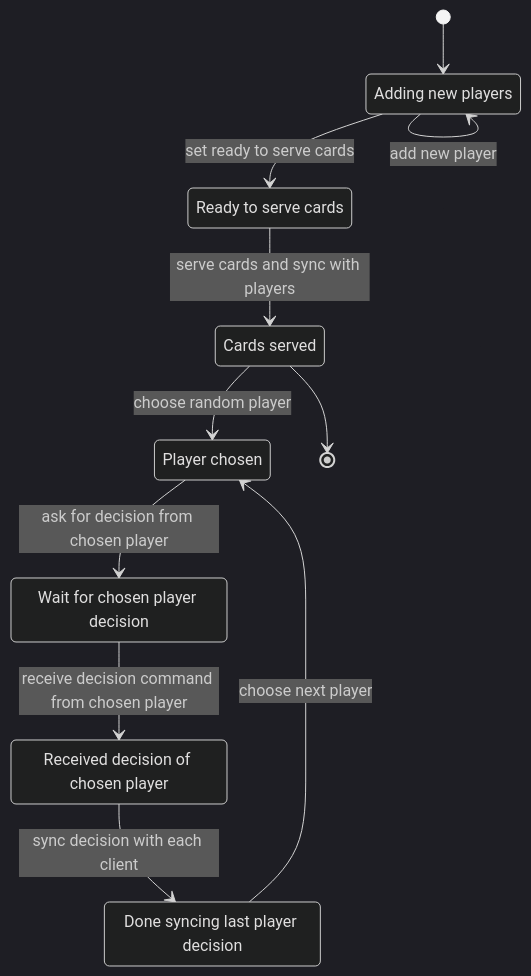
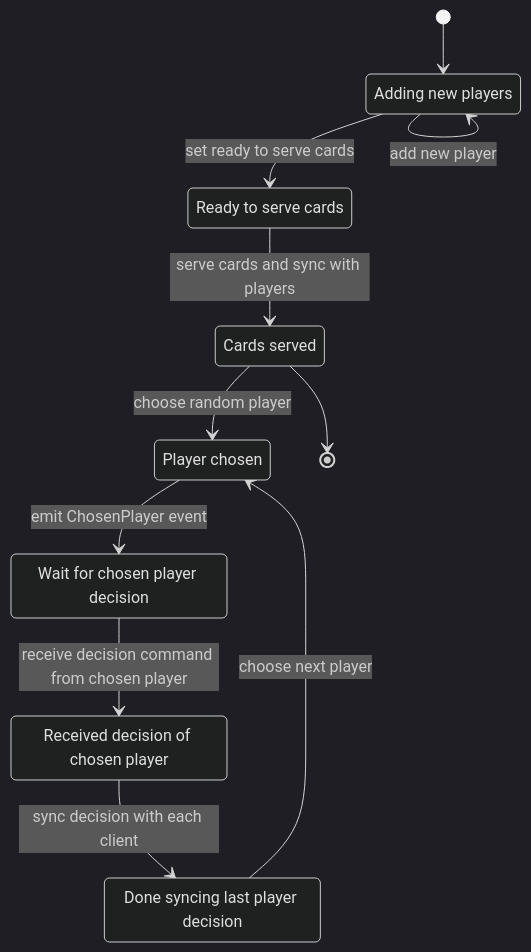
Before and after one commit to nrawrx3/uknow: the first of 2 diagrams in design.md, drawn with Mermaid (dark theme). The commit also changed other lines of this file and 16 other files, not shown here.

````diff
--- a/design.md
+++ b/design.md
@@ -43,36 +43,36 @@
 ```mermaid
 stateDiagram-v2
 	[*] --> s0
 
 	state "Adding new players" as s0
 
 	state "Ready to serve cards" as s1
 
 	state "Cards served" as s2
 
 	state "Player chosen" as s3
 
 	state "Wait for chosen player decision" as s4
 
 	state "Received decision of chosen player" as s5
 
 	state "Done syncing last player decision" as s6
 
 	s0 --> s0: add new player
 
 	s0 --> s1: set ready to serve cards
 
 	s1 --> s2: serve cards and sync with players
 
 	s2 --> s3: choose random player
 
-	s3 --> s4: ask for decision from chosen player
+	s3 --> s4: emit ChosenPlayer event
 
 	s4 --> s5: receive decision command from chosen player
 
 	s5 --> s6: sync decision with each client
 
 	s6 --> s3: choose next player
 
 	s2 --> [*]
 ```
````
